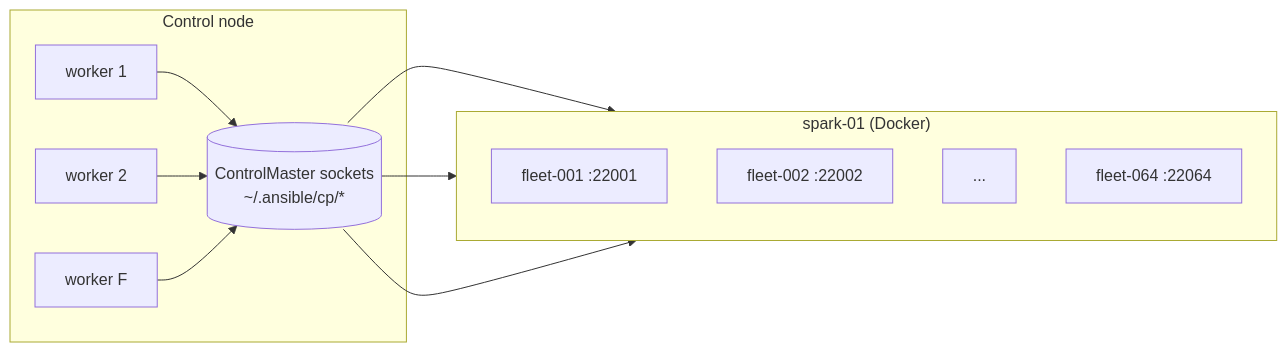
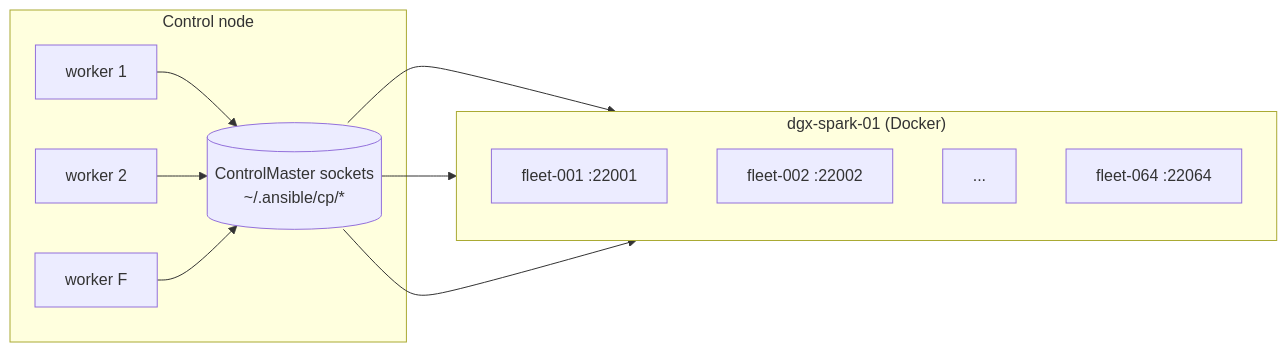
Before and after one commit to cloudone365/technical-depth: the diagram in 01 Ansible/02-high-concurrency-tuning-mitogen-and-ssh-mux.md, drawn with Mermaid. The commit also changed other lines of this file and 88 other files, not shown here.

First line of the commit message:
Rename the Spark hosts to dgx-spark-01 / dgx-spark-02

````diff
--- a/01 Ansible/02-high-concurrency-tuning-mitogen-and-ssh-mux.md
+++ b/01 Ansible/02-high-concurrency-tuning-mitogen-and-ssh-mux.md
@@ -34,14 +34,14 @@
 ```mermaid
 flowchart LR
   subgraph CN[Control node]
     W1[worker 1] & W2[worker 2] & Wn[worker F]
     CM[(ControlMaster sockets<br/>~/.ansible/cp/*)]
   end
-  subgraph Spark["spark-01 (Docker)"]
+  subgraph Spark["dgx-spark-01 (Docker)"]
     direction TB
     N1[fleet-001 :22001] & N2[fleet-002 :22002] & N3[... ] & N64[fleet-064 :22064]
   end
   W1 --> CM --> N1
   W2 --> CM --> N2
   Wn --> CM --> N64
 ```
````
